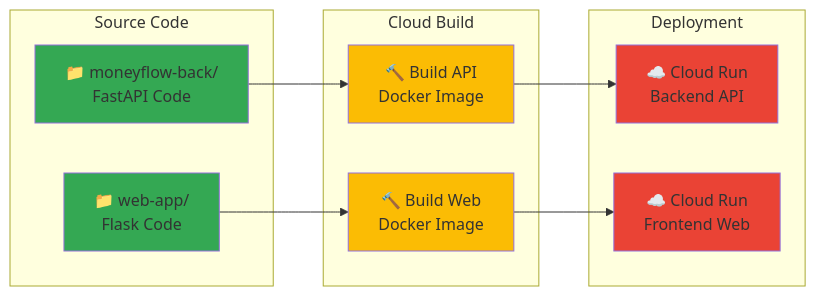
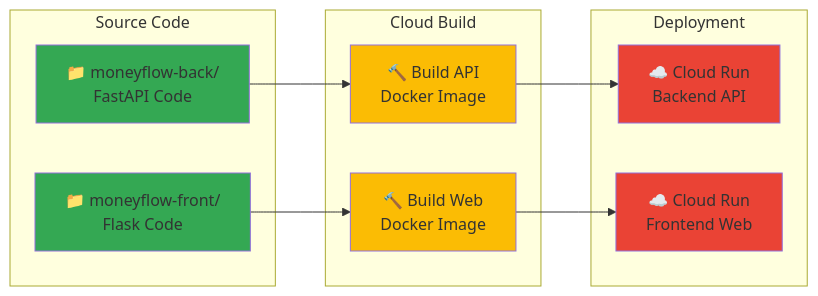
Before and after one commit to zelima/money-flow: the sixth of 6 diagrams in ARCHITECTURE.md, drawn with Mermaid. The commit also changed 25 other files, not shown here.

Commit message:
web-app moneyflow-front

````diff
--- a/ARCHITECTURE.md
+++ b/ARCHITECTURE.md
@@ -315,30 +315,30 @@
 ```mermaid
 graph LR
     subgraph "Source Code"
         API["📁 moneyflow-back/<br/>FastAPI Code"]
-        WebApp["📁 web-app/<br/>Flask Code"]
+        WebApp["📁 moneyflow-front/<br/>Flask Code"]
     end
 
     subgraph "Cloud Build"
         BuildAPI["🔨 Build API<br/>Docker Image"]
         BuildWeb["🔨 Build Web<br/>Docker Image"]
     end
 
     subgraph "Deployment"
         CloudRunAPI["☁️ Cloud Run<br/>Backend API"]
         CloudRunWeb["☁️ Cloud Run<br/>Frontend Web"]
     end
 
     API --> BuildAPI
     WebApp --> BuildWeb
     BuildAPI --> CloudRunAPI
     BuildWeb --> CloudRunWeb
 
     classDef source fill:#34a853
     classDef build fill:#fbbc04
     classDef deploy fill:#ea4335
 
     class API,WebApp source
     class BuildAPI,BuildWeb build
     class CloudRunAPI,CloudRunWeb deploy
 ```
````
